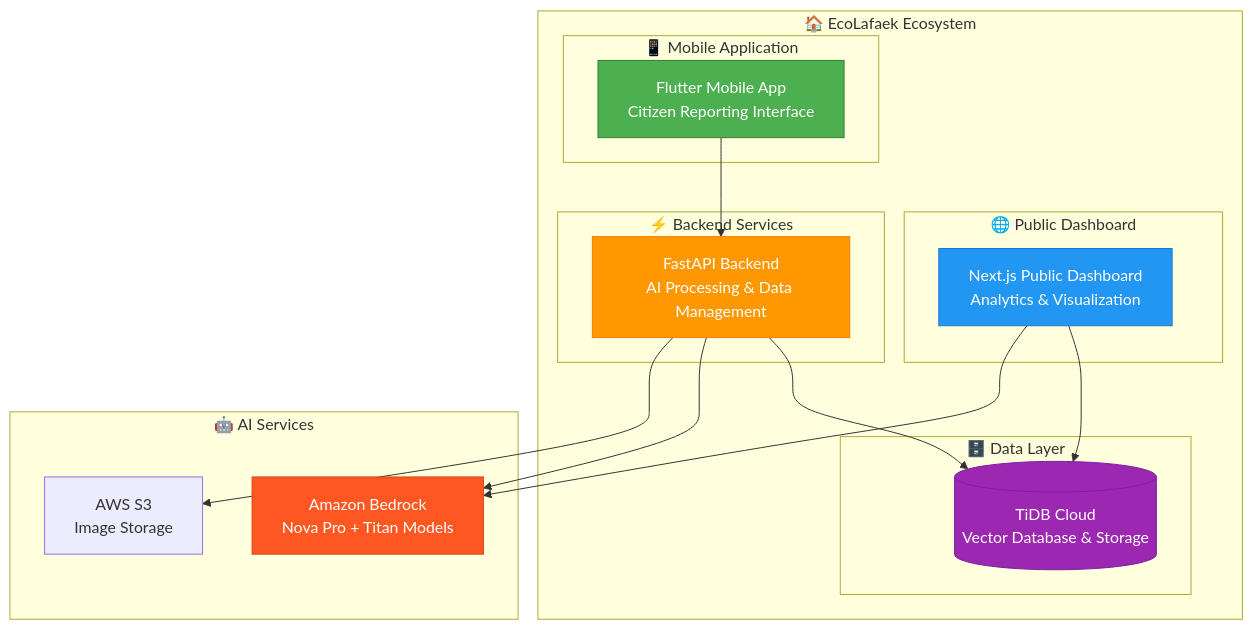
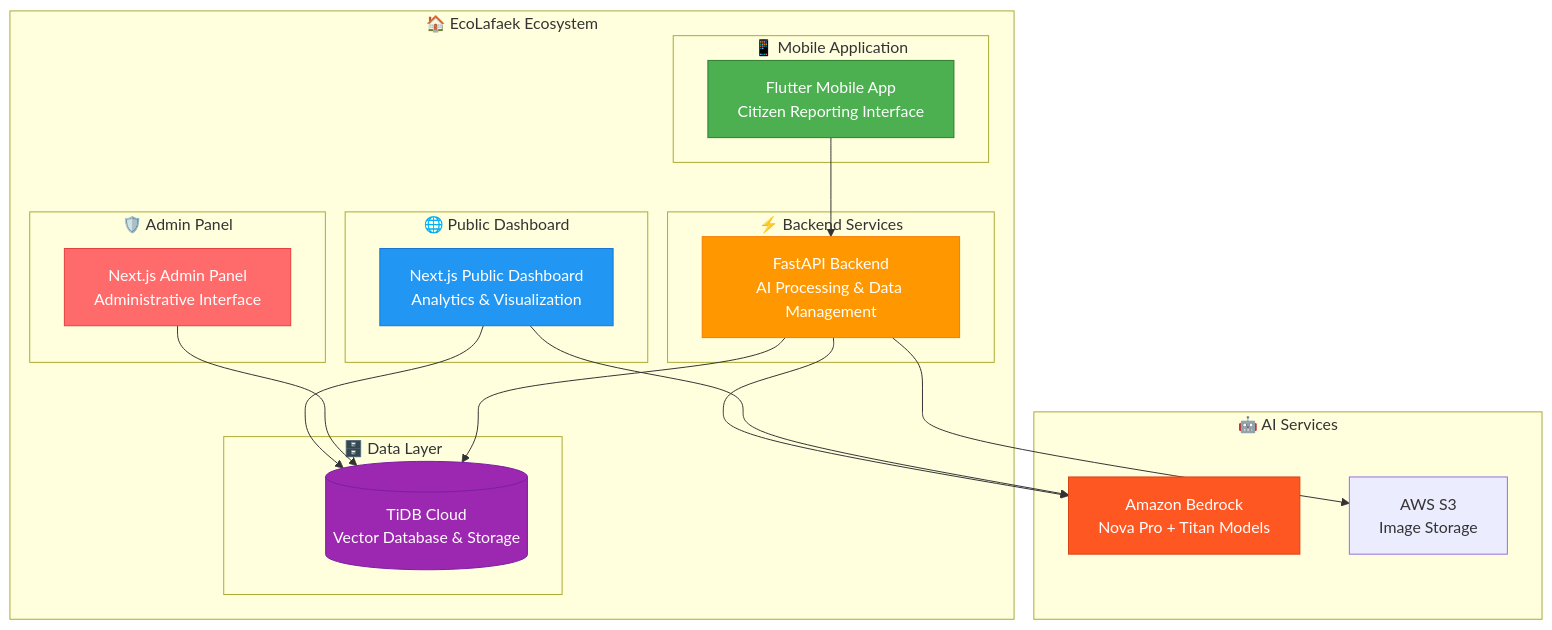
One commit to ajitonelsonn/EcoLafaek changed the diagram in README.md. Above: the diagram before and after it, drawn with Mermaid. The commit also changed other lines of this file and 2 other files, not shown here.

````diff
--- a/README.md
+++ b/README.md
@@ -30,38 +30,44 @@
 ```mermaid
 graph TB
     subgraph "🏠 EcoLafaek Ecosystem"
         subgraph "📱 Mobile Application"
             MOBILE[Flutter Mobile App<br/>Citizen Reporting Interface]
         end
 
         subgraph "🌐 Public Dashboard"
             WEB[Next.js Public Dashboard<br/>Analytics & Visualization]
+        end
+
+        subgraph "🛡️ Admin Panel"
+            ADMIN[Next.js Admin Panel<br/>Administrative Interface]
         end
 
         subgraph "⚡ Backend Services"
             API[FastAPI Backend<br/>AI Processing & Data Management]
         end
 
         subgraph "🗄️ Data Layer"
             DB[(TiDB Cloud<br/>Vector Database & Storage)]
         end
     end
 
     subgraph "🤖 AI Services"
         BEDROCK[Amazon Bedrock<br/>Nova Pro + Titan Models]
         S3[AWS S3<br/>Image Storage]
     end
 
     MOBILE --> API
     WEB --> DB
+    ADMIN --> DB
     API --> DB
     API --> BEDROCK
     API --> S3
     WEB --> BEDROCK
 
     style MOBILE fill:#4CAF50,stroke:#2E7D32,color:white
     style WEB fill:#2196F3,stroke:#1976D2,color:white
+    style ADMIN fill:#FF6B6B,stroke:#E53E3E,color:white
     style API fill:#FF9800,stroke:#F57C00,color:white
     style DB fill:#9C27B0,stroke:#7B1FA2,color:white
     style BEDROCK fill:#FF5722,stroke:#D84315,color:white
 ```
````
